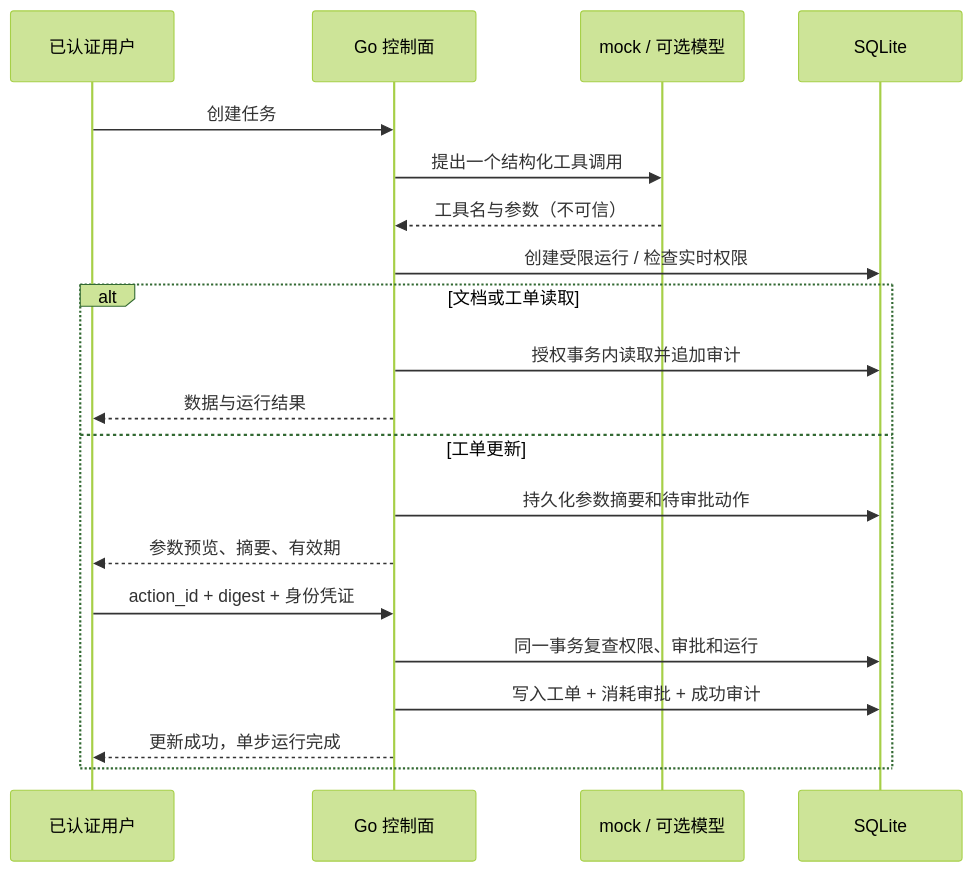
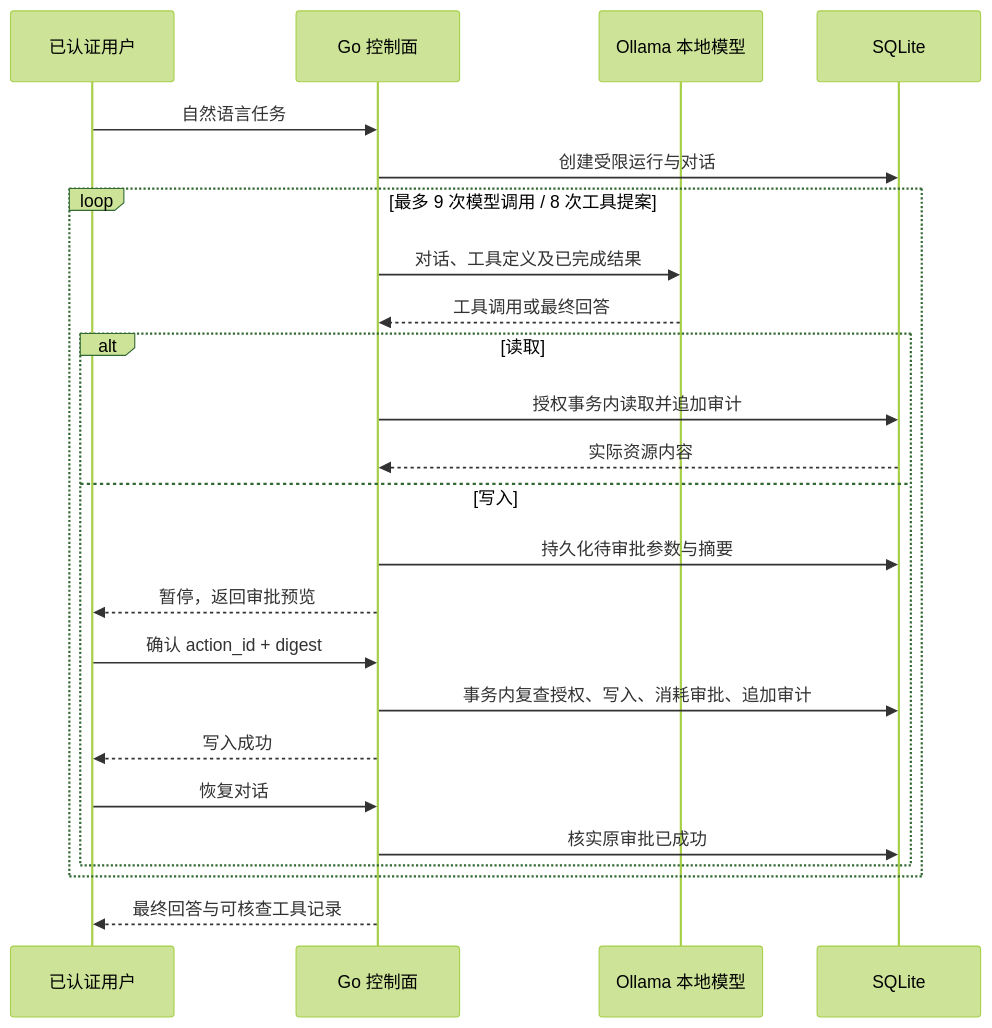
The second of 2 diagrams in docs/ARCHITECTURE.md (kimzclandi/AgentGate), drawn with Mermaid (forest theme) before and after one commit. The commit also changed other lines of this file and 31 other files, not shown here.

````diff
--- a/docs/ARCHITECTURE.md
+++ b/docs/ARCHITECTURE.md
@@ -21,22 +21,26 @@
 ```mermaid
 sequenceDiagram
  participant U as 已认证用户
  participant G as Go 控制面
- participant M as mock / 可选模型
+ participant M as Ollama 本地模型
  participant D as SQLite
- U->>G: 创建任务
- G->>M: 提出一个结构化工具调用
- M-->>G: 工具名与参数（不可信）
- G->>D: 创建受限运行 / 检查实时权限
- alt 文档或工单读取
+ U->>G: 自然语言任务
+ G->>D: 创建受限运行与对话
+ loop 最多 9 次模型调用 / 8 次工具提案
+ G->>M: 对话、工具定义及已完成结果
+ M-->>G: 工具调用或最终回答
+ alt 读取
  G->>D: 授权事务内读取并追加审计
- G-->>U: 数据与运行结果
- else 工单更新
- G->>D: 持久化参数摘要和待审批动作
- G-->>U: 参数预览、摘要、有效期
- U->>G: action_id + digest + 身份凭证
- G->>D: 同一事务复查权限、审批和运行
- G->>D: 写入工单 + 消耗审批 + 成功审计
- G-->>U: 更新成功，单步运行完成
+ D-->>G: 实际资源内容
+ else 写入
+ G->>D: 持久化待审批参数与摘要
+ G-->>U: 暂停，返回审批预览
+ U->>G: 确认 action_id + digest
+ G->>D: 事务内复查授权、写入、消耗审批、追加审计
+ G-->>U: 写入成功
+ U->>G: 恢复对话
+ G->>D: 核实原审批已成功
  end
+ end
+ G-->>U: 最终回答与可核查工具记录
 ```
````
